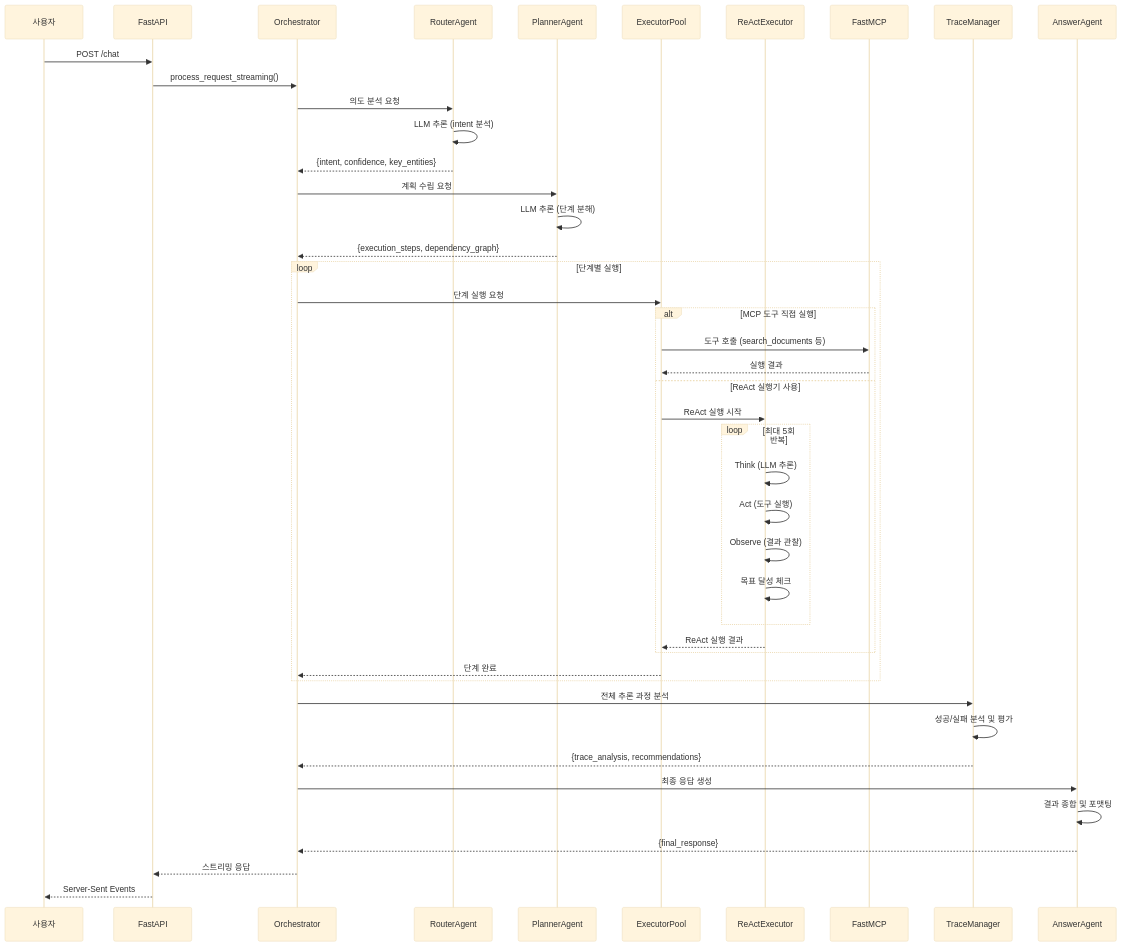
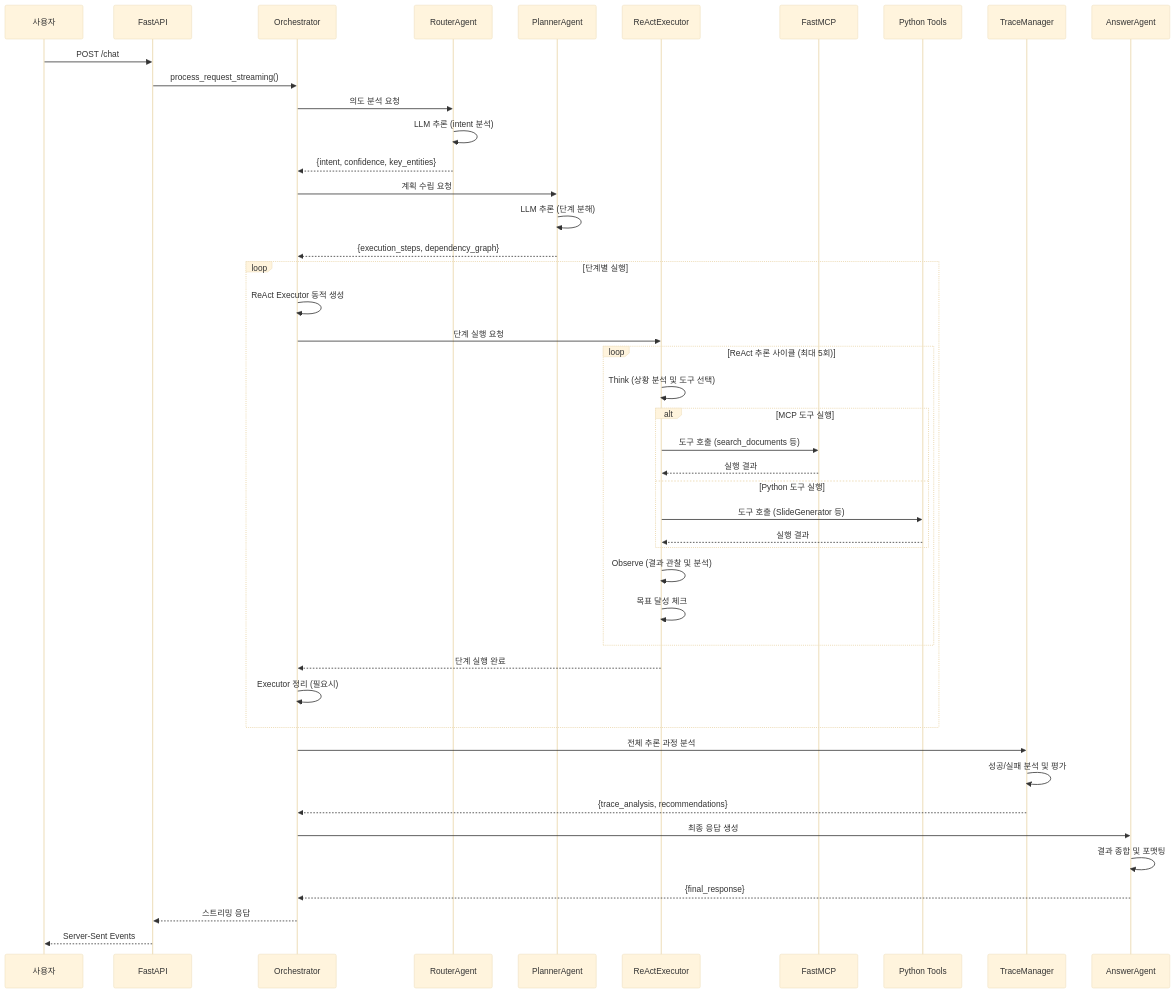
The third of 3 diagrams in README.md (Qulip/CloudRegiX), drawn with Mermaid (base theme) before and after one commit. The commit also changed other lines of this file, not shown here.

````diff
--- a/README.md
+++ b/README.md
@@ -231,55 +230,58 @@
 ```mermaid
 sequenceDiagram
     participant U as 사용자
     participant API as FastAPI
     participant O as Orchestrator
     participant R as RouterAgent
     participant P as PlannerAgent
-    participant EP as ExecutorPool
     participant E as ReActExecutor
     participant MCP as FastMCP
+    participant PT as Python Tools
     participant T as TraceManager
     participant A as AnswerAgent
 
     U->>API: POST /chat
     API->>O: process_request_streaming()
 
     O->>R: 의도 분석 요청
     R->>R: LLM 추론 (intent 분석)
     R-->>O: {intent, confidence, key_entities}
 
     O->>P: 계획 수립 요청
     P->>P: LLM 추론 (단계 분해)
     P-->>O: {execution_steps, dependency_graph}
 
     loop 단계별 실행
-        O->>EP: 단계 실행 요청
+        O->>O: ReAct Executor 동적 생성
+        O->>E: 단계 실행 요청
 
-        alt MCP 도구 직접 실행
-            EP->>MCP: 도구 호출 (search_documents 등)
-            MCP-->>EP: 실행 결과
-        else ReAct 실행기 사용
-            EP->>E: ReAct 실행 시작
-            loop 최대 5회 반복
-                E->>E: Think (LLM 추론)
-                E->>E: Act (도구 실행)
-                E->>E: Observe (결과 관찰)
-                E->>E: 목표 달성 체크
+        loop ReAct 추론 사이클 (최대 5회)
+            E->>E: Think (상황 분석 및 도구 선택)
+
+            alt MCP 도구 실행
+                E->>MCP: 도구 호출 (search_documents 등)
+                MCP-->>E: 실행 결과
+            else Python 도구 실행
+                E->>PT: 도구 호출 (SlideGenerator 등)
+                PT-->>E: 실행 결과
             end
-            E-->>EP: ReAct 실행 결과
+
+            E->>E: Observe (결과 관찰 및 분석)
+            E->>E: 목표 달성 체크
         end
 
-        EP-->>O: 단계 완료
+        E-->>O: 단계 실행 완료
+        O->>O: Executor 정리 (필요시)
     end
 
     O->>T: 전체 추론 과정 분석
     T->>T: 성공/실패 분석 및 평가
     T-->>O: {trace_analysis, recommendations}
 
     O->>A: 최종 응답 생성
     A->>A: 결과 종합 및 포맷팅
     A-->>O: {final_response}
 
     O-->>API: 스트리밍 응답
     API-->>U: Server-Sent Events
 ```
````
